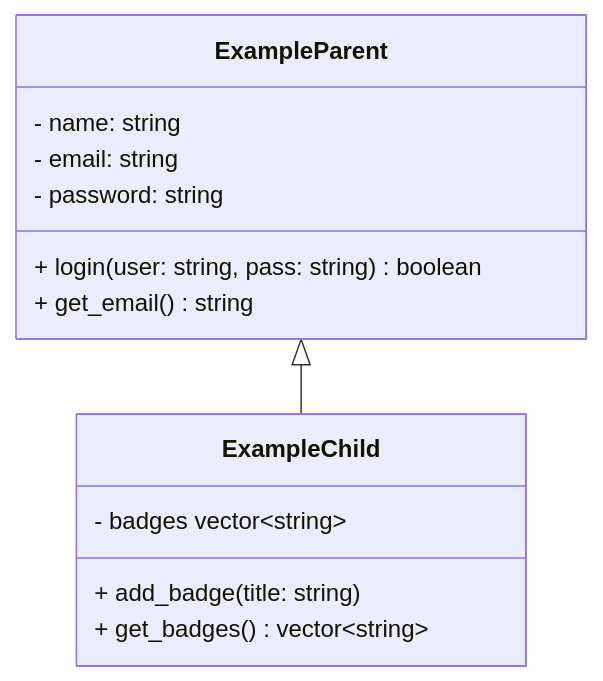
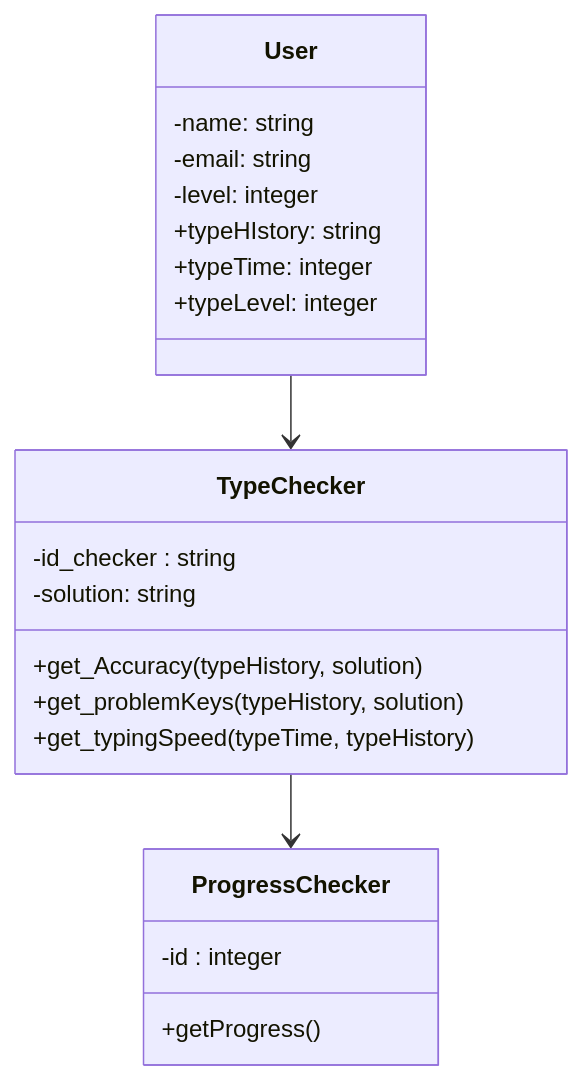
One commit to EdJaPe/tippitytappity-design changed the diagram in README.md. Above: the diagram before and after it, drawn with Mermaid. The commit also changed other lines of this file, not shown here.

Commit message:
Feat: added history

````diff
--- a/README.md
+++ b/README.md
@@ -8,16 +13,29 @@
-```mermaid
+```mermaid 
 classDiagram
-  ExampleParent <|-- ExampleChild
-  class ExampleParent{
-        - name: string
-        - email: string
-        - password: string
-        + login(user: string, pass: string) boolean
-        + get_email() string
-  }
-  class ExampleChild{
-        - badges vector~string~
-        + add_badge(title: string)
-        + get_badges() vector~string~
-  }
+      User -->TypeChecker
+      class User{
+            -name: string
+            -email: string
+            -level: integer
+            +typeHIstory: string
+            +typeTime: integer
+            +typeLevel: integer
+      }
+      class TypeChecker{
+            -id_checker : string
+            -solution: string
+            +get_Accuracy(typeHistory, solution  )
+            +get_problemKeys(typeHistory, solution)
+            +get_typingSpeed(typeTime, typeHistory)
+
+
+      }
+      TypeChecker -->ProgressChecker
+      class ProgressChecker{
+            -id : integer
+            +getProgress()
+
+      }
+
+
 ```
````
